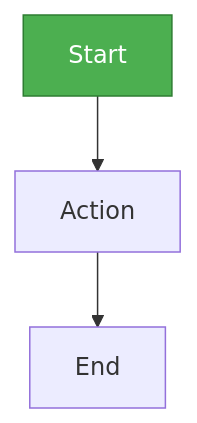
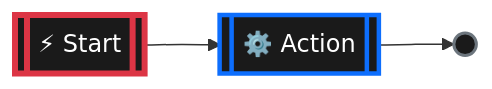
Before and after one commit to Mittenzx/Adastrea: the first of 4 diagrams in BLUEPRINT_DISPLAY_CHEATSHEET.md, drawn with Mermaid. The commit also changed other lines of this file and 2 other files, not shown here.

First line of the commit message:
Update Mermaid diagrams with Unreal Engine node styling

````diff
--- a/BLUEPRINT_DISPLAY_CHEATSHEET.md
+++ b/BLUEPRINT_DISPLAY_CHEATSHEET.md
@@ -214,7 +224,9 @@
 ```mermaid
-graph TD
-    A[Start] --> B[Action]
-    B --> C[End]
+graph LR
+    A[["⚡ Start"]] --> B[["⚙️ Action"]]
+    B --> C(( ))
     
-    style A fill:#4CAF50,stroke:#2E7D32,color:#fff
+    style A fill:#1a1a1a,stroke:#DC3545,stroke-width:4px,color:#fff,rx:10,ry:10
+    style B fill:#1a1a1a,stroke:#0d6efd,stroke-width:3px,color:#fff,rx:10,ry:10
+    style C fill:#1a1a1a,stroke:#6c757d,stroke-width:2px,color:#fff
 ```
````
